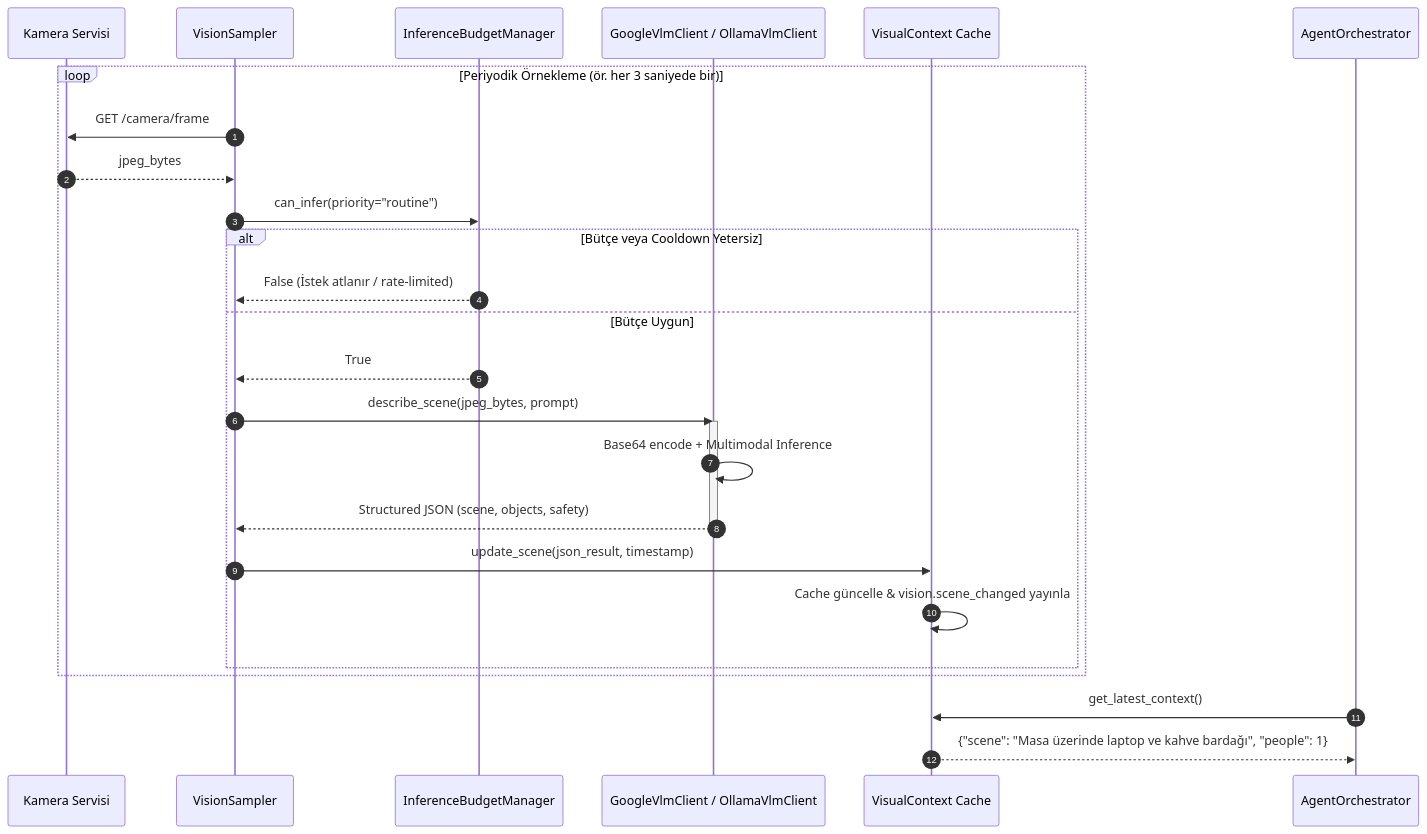
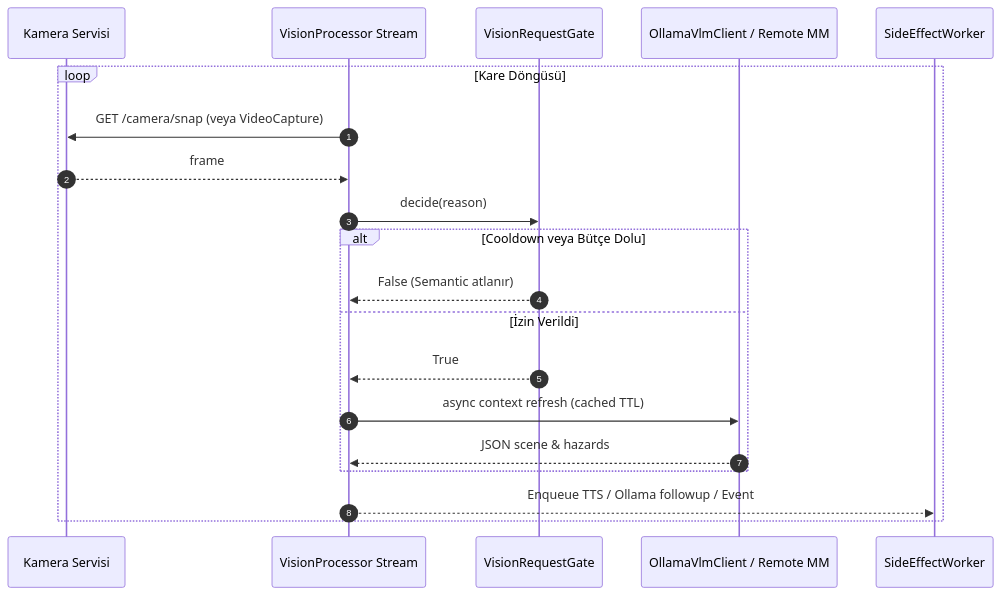
Before and after one commit to WhoIsMrSentry/SentryBOT: the second of 2 diagrams in modules/vlm_bridge/architecture_vlm_bridge.md, drawn with Mermaid. The commit also changed other lines of this file, not shown here.

Commit message:
docs(vlm_bridge): sync vlm_bridge/architecture_vlm_bridge.md with updated implementation

````diff
--- a/modules/vlm_bridge/architecture_vlm_bridge.md
+++ b/modules/vlm_bridge/architecture_vlm_bridge.md
@@ -77,31 +69,23 @@
 ```mermaid
 sequenceDiagram
     autonumber
     participant Cam as Kamera Servisi
-    participant Sampler as VisionSampler
-    participant Budget as InferenceBudgetManager
-    participant VLM as GoogleVlmClient / OllamaVlmClient
-    participant Context as VisualContext Cache
-    participant Agent as AgentOrchestrator
+    participant Proc as VisionProcessor Stream
+    participant Gate as VisionRequestGate
+    participant VLM as OllamaVlmClient / Remote MM
+    participant Queue as SideEffectWorker
 
-    loop Periyodik Örnekleme (ör. her 3 saniyede bir)
-        Sampler->>Cam: GET /camera/frame
-        Cam-->>Sampler: jpeg_bytes
-        Sampler->>Budget: can_infer(priority="routine")
-        alt Bütçe veya Cooldown Yetersiz
-            Budget-->>Sampler: False (İstek atlanır / rate-limited)
-        else Bütçe Uygun
-            Budget-->>Sampler: True
-            Sampler->>VLM: describe_scene(jpeg_bytes, prompt)
-            activate VLM
-            VLM->>VLM: Base64 encode + Multimodal Inference
-            VLM-->>Sampler: Structured JSON (scene, objects, safety)
-            deactivate VLM
-            Sampler->>Context: update_scene(json_result, timestamp)
-            Context->>Context: Cache güncelle & vision.scene_changed yayınla
+    loop Kare Döngüsü
+        Proc->>Cam: GET /camera/snap (veya VideoCapture)
+        Cam-->>Proc: frame
+        Proc->>Gate: decide(reason)
+        alt Cooldown veya Bütçe Dolu
+            Gate-->>Proc: False (Semantic atlanır)
+        else İzin Verildi
+            Gate-->>Proc: True
+            Proc->>VLM: async context refresh (cached TTL)
+            VLM-->>Proc: JSON scene & hazards
         end
+        Proc-->>Queue: Enqueue TTS / Ollama followup / Event
     end
-
-    Agent->>Context: get_latest_context()
-    Context-->>Agent: {"scene": "Masa üzerinde laptop ve kahve bardağı", "people": 1}
 ```
````
